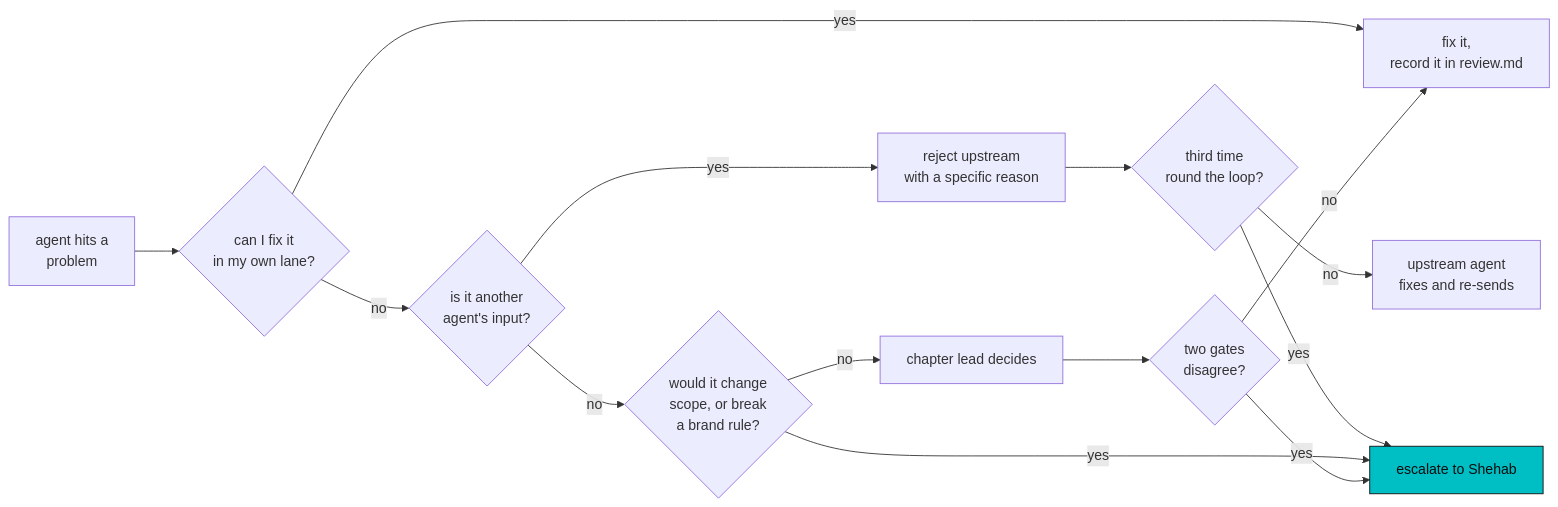
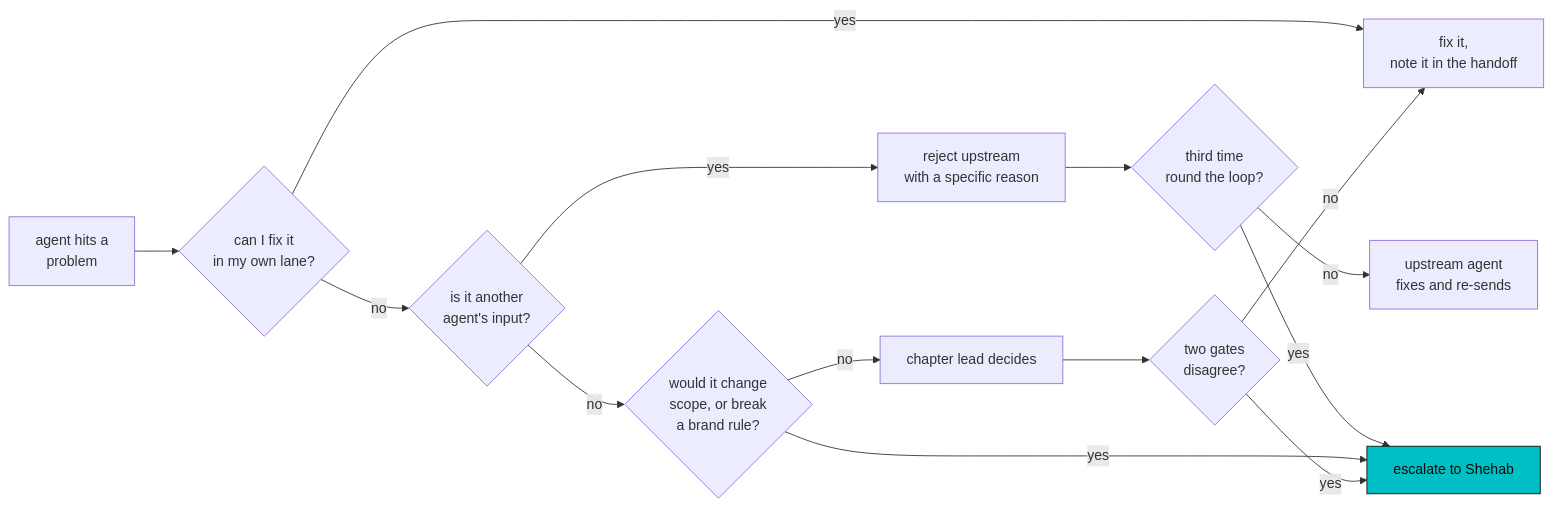
One commit to Shehabov/actio changed the second of 2 diagrams in docs/TEAM.md. Above: the diagram before and after it, drawn with Mermaid. The commit also changed other lines of this file and 116 other files, not shown here.

````diff
--- a/docs/TEAM.md
+++ b/docs/TEAM.md
@@ -236,19 +258,19 @@
 ```mermaid
 flowchart LR
   A["agent hits a<br/>problem"] --> B{"can I fix it<br/>in my own lane?"}
-  B -- yes --> C["fix it,<br/>record it in review.md"]
+  B -- yes --> C["fix it,<br/>note it in the handoff"]
   B -- no --> D{"is it another<br/>agent's input?"}
   D -- yes --> E["reject upstream<br/>with a specific reason"]
   E --> F{"third time<br/>round the loop?"}
   F -- no --> G["upstream agent<br/>fixes and re-sends"]
   F -- yes --> H["escalate to Shehab"]
   D -- no --> I{"would it change<br/>scope, or break<br/>a brand rule?"}
   I -- yes --> H
   I -- no --> J["chapter lead decides"]
   J --> K{"two gates<br/>disagree?"}
   K -- yes --> H
   K -- no --> C
 
   classDef esc fill:#00BFC4,stroke:#0C0C0C,color:#0C0C0C
   class H esc
 ```
````
